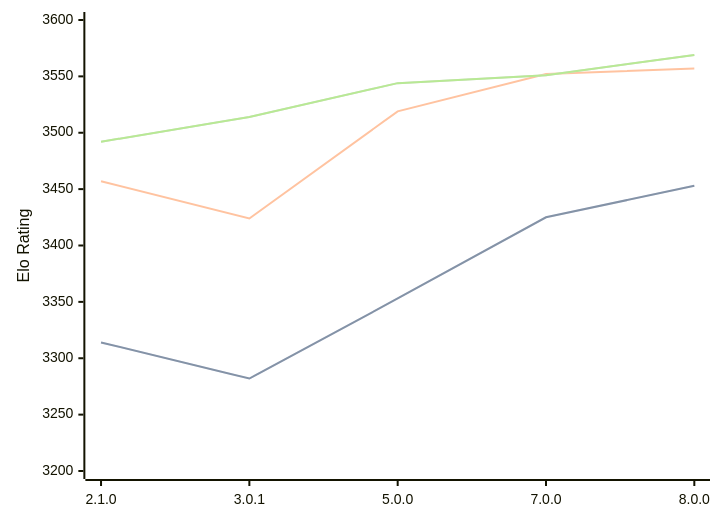
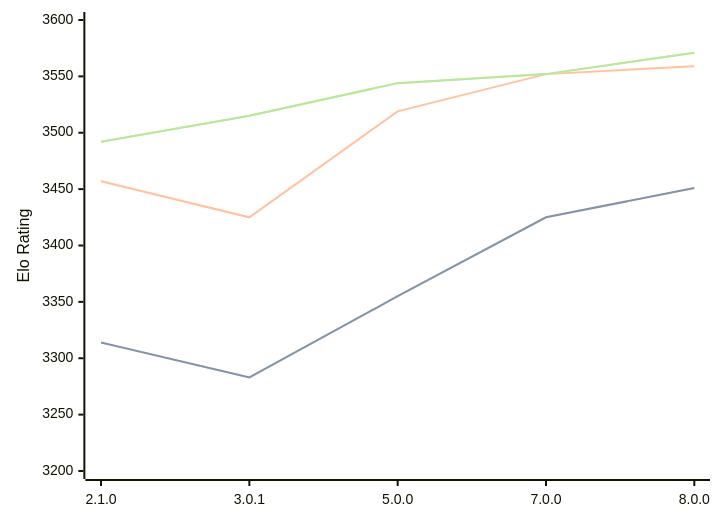
Before and after one commit to computer-chess-index/cci: the diagram in engines/PlentyChess.md, drawn with Mermaid. The commit also changed other lines of this file, not shown here.

Commit message:
Update CCI Ratings (ELO VLTC) - 2026-08-05

````diff
--- a/engines/PlentyChess.md
+++ b/engines/PlentyChess.md
@@ -46,11 +46,11 @@
 ```mermaid
 %%{init: {"theme":"base","themeVariables":{"seriesColors:['#a3a3a3','#222221','#faa371']}}}%%
 xychart-beta
   x-axis ["2.1.0", "3.0.1", "5.0.0", "7.0.0", "8.0.0"]
   y-axis "Elo Rating" 3200 --> 3600
-  line "STC (8.0+0.08s)" [3314, 3282, 3353, 3425, 3453]
-  line "STC (8.0+0.08s)" [3314, 3282, 3353, 3425, 3453]
-  line "LTC (60.0+0.60s)" [3457, 3424, 3519, 3552, 3557]
-  line "VLTC (2m24s+1.12s)" [3492, 3514, 3544, 3551, 3569]
-  line "VLTC (2m24s+1.12s)" [3492, 3514, 3544, 3551, 3569]
+  line "STC (8.0+0.08s)" [3314, 3283, 3355, 3425, 3451]
+  line "STC (8.0+0.08s)" [3314, 3283, 3355, 3425, 3451]
+  line "LTC (60.0+0.60s)" [3457, 3425, 3519, 3552, 3559]
+  line "VLTC (2m24s+1.12s)" [3492, 3515, 3544, 3552, 3571]
+  line "VLTC (2m24s+1.12s)" [3492, 3515, 3544, 3552, 3571]
 ```
````
